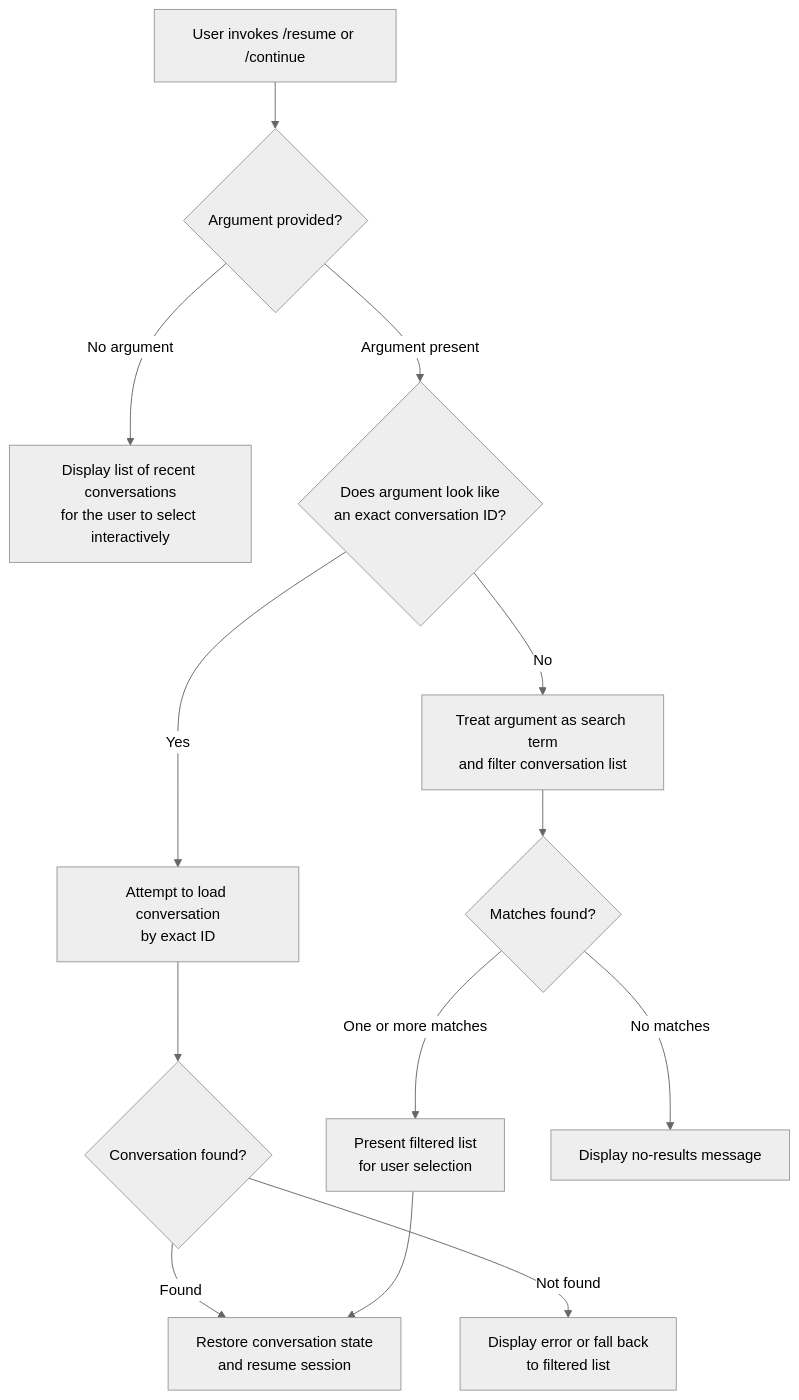
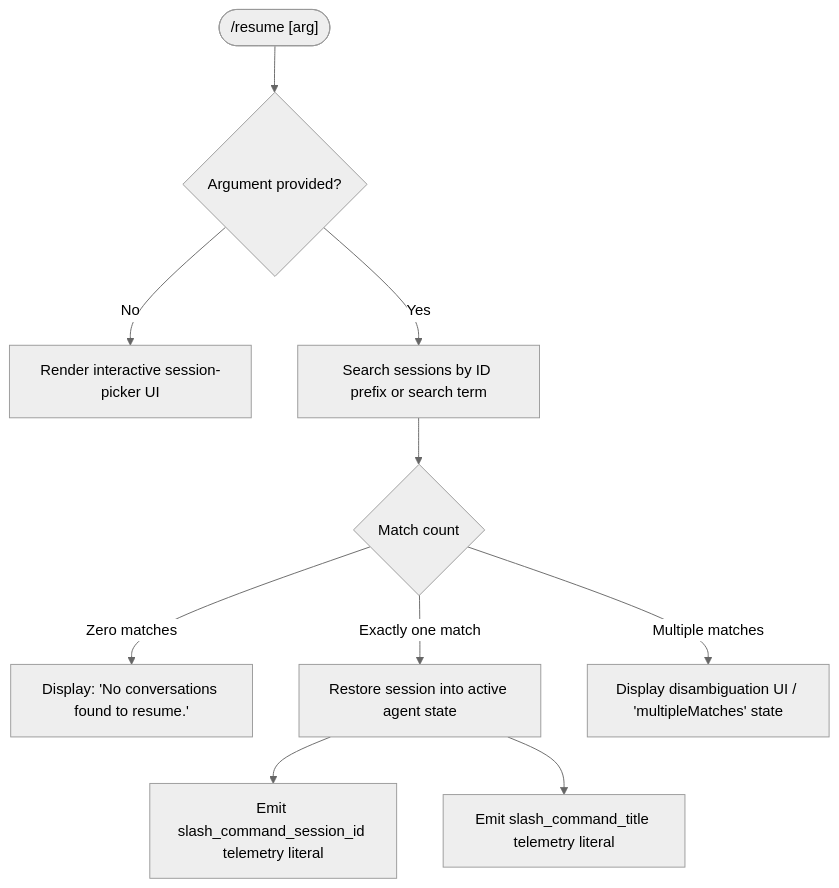
Before and after one commit to MyLittleLuckyDog/cc-gnothi: the diagram in versions/v2.1.139/resume.md, drawn with Mermaid (neutral theme). The commit also changed other lines of this file and 97 other files, not shown here.

````diff
--- a/versions/v2.1.139/resume.md
+++ b/versions/v2.1.139/resume.md
@@ -47,15 +56,12 @@
 ```mermaid
 flowchart TD
-    A[User invokes /resume or /continue] --> B{Argument provided?}
-    B -- No argument --> C[Display list of recent conversations\nfor the user to select interactively]
-    B -- Argument present --> D{Does argument look like\nan exact conversation ID?}
-    D -- Yes --> E[Attempt to load conversation\nby exact ID]
-    D -- No --> F[Treat argument as search term\nand filter conversation list]
-    E --> G{Conversation found?}
-    G -- Found --> H[Restore conversation state\nand resume session]
-    G -- Not found --> I[Display error or fall back\nto filtered list]
-    F --> J{Matches found?}
-    J -- One or more matches --> K[Present filtered list\nfor user selection]
-    J -- No matches --> L[Display no-results message]
-    K --> H
+    A(["/resume [arg]"]) --> B{Argument provided?}
+    B -- No --> C[Render interactive session-picker UI]
+    B -- Yes --> D[Search sessions by ID prefix or search term]
+    D --> E{Match count}
+    E -- Zero matches --> F["Display: 'No conversations found to resume.'"]
+    E -- Exactly one match --> G[Restore session into active agent state]
+    E -- Multiple matches --> H["Display disambiguation UI / 'multipleMatches' state"]
+    G --> I[Emit slash_command_session_id telemetry literal]
+    G --> J[Emit slash_command_title telemetry literal]
 ```
````
